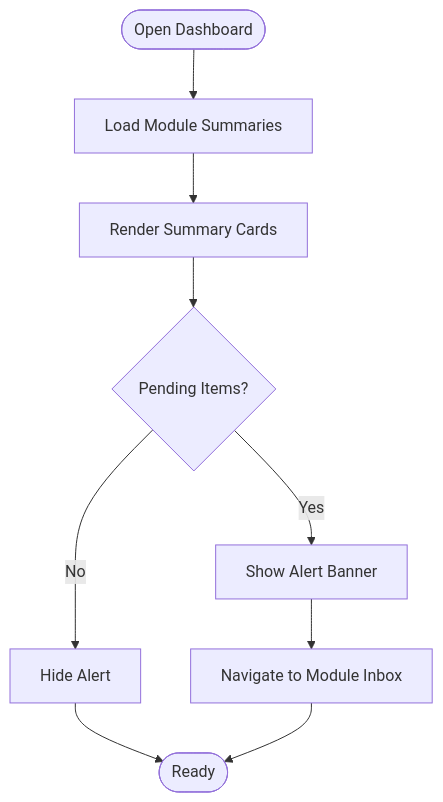
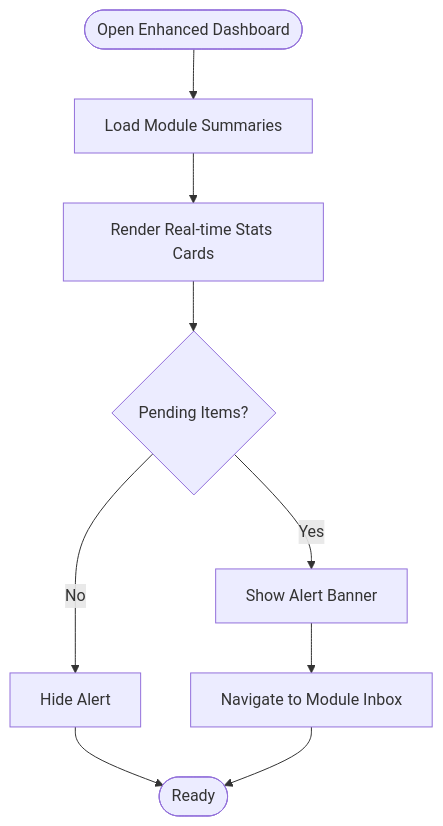
One commit to rendisiagian/TDS_by_RENDISIAGIAN changed the fifth of 7 diagrams in .qoder/repowiki/en/content/Tax Deducted at Source (TDS) System/Tax Deducted at Source (TDS) System.md. Above: the diagram before and after it, drawn with Mermaid. The commit also changed other lines of this file and 96 other files, not shown here.

````diff
--- a/.qoder/repowiki/en/content/Tax Deducted at Source (TDS) System/Tax Deducted at Source (TDS) System.md
+++ b/.qoder/repowiki/en/content/Tax Deducted at Source (TDS) System/Tax Deducted at Source (TDS) System.md
@@ -204,11 +230,11 @@
 ```mermaid
 flowchart TD
-Start(["Open Dashboard"]) --> LoadModules["Load Module Summaries"]
-LoadModules --> RenderCards["Render Summary Cards"]
+Start(["Open Enhanced Dashboard"]) --> LoadModules["Load Module Summaries"]
+LoadModules --> RenderCards["Render Real-time Stats Cards"]
 RenderCards --> PendingAlert{"Pending Items?"}
 PendingAlert --> |Yes| ShowAlert["Show Alert Banner"]
 PendingAlert --> |No| HideAlert["Hide Alert"]
 ShowAlert --> Navigate["Navigate to Module Inbox"]
 HideAlert --> End(["Ready"])
 Navigate --> End
 ```
````
